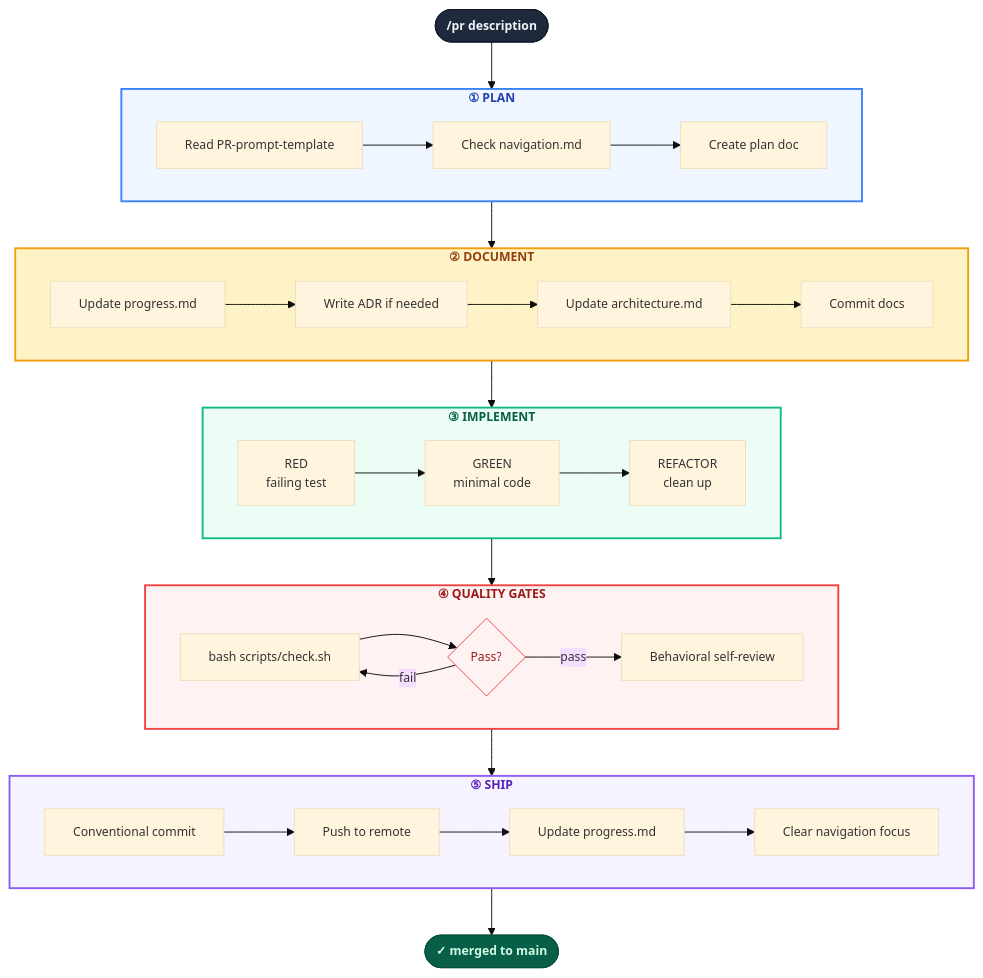
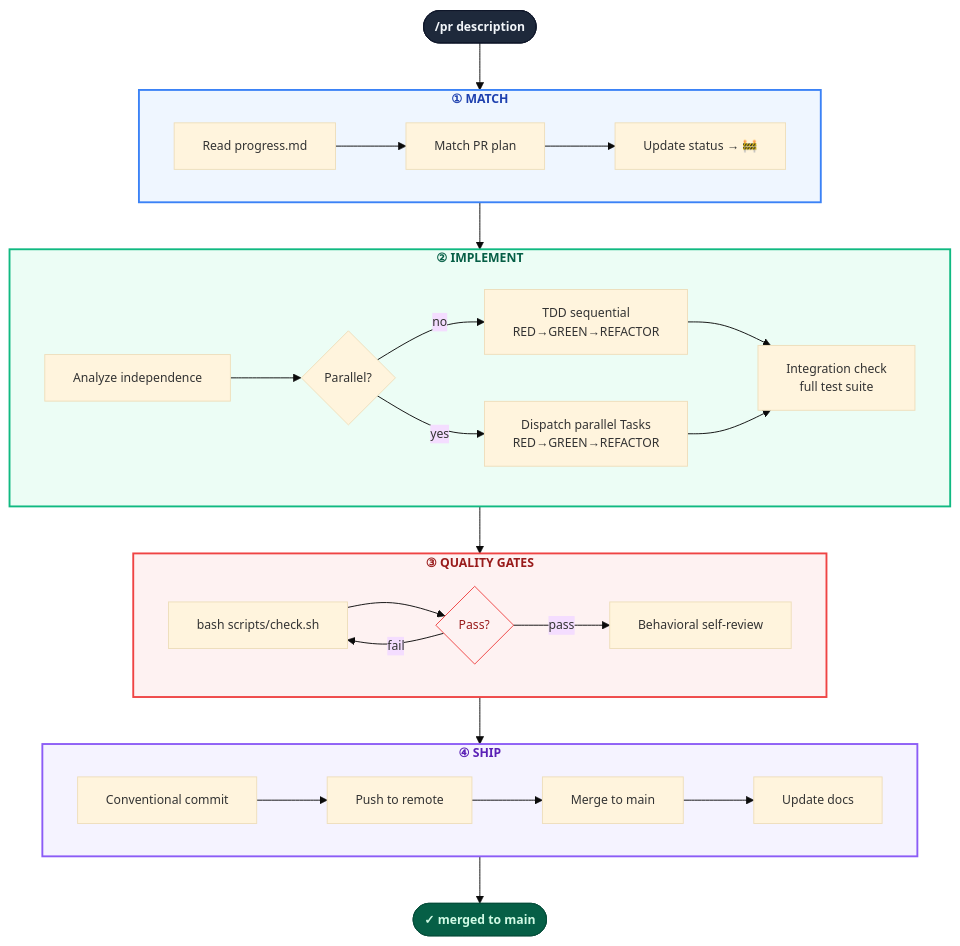
The second of 2 diagrams in README.md (ethanhanguyen/repo_template), drawn with Mermaid before and after one commit. The commit also changed other lines of this file and 4 other files, not shown here.

First line of the commit message:
feat: parallel TDD dispatch in /pr Phase 2; always override harness commands on update

````diff
--- a/README.md
+++ b/README.md
@@ -45,57 +45,50 @@
 ```mermaid
 flowchart TD
     %%{init: {'theme': 'base', 'themeVariables': { 'fontSize': '13px', 'fontFamily': 'monospace' }}}%%
 
     start(["<b>/pr description</b>"]) --> p1
 
-    subgraph p1["<b>① PLAN</b>"]
-        direction LR
-        p1a["Read PR-prompt-template"] --> p1b["Check navigation.md"]
-        p1b --> p1c["Create plan doc"]
+    subgraph p1["<b>① MATCH</b>"]
+        p1a["Read progress.md"] --> p1b["Match PR plan"]
+        p1b --> p1c["Update status → 🚧"]
     end
 
     p1 --> p2
 
-    subgraph p2["<b>② DOCUMENT</b>"]
+    subgraph p2["<b>② IMPLEMENT</b>"]
         direction LR
-        p2a["Update progress.md"] --> p2b["Write ADR if needed"]
-        p2b --> p2c["Update architecture.md"]
-        p2c --> p2d["Commit docs"]
+        p2a["Analyze independence"] --> p2b{"Parallel?"}
+        p2b -->|"no"| p2c["TDD sequential<br>RED→GREEN→REFACTOR"]
+        p2b -->|"yes"| p2d["Dispatch parallel Tasks<br>RED→GREEN→REFACTOR"]
+        p2c --> p2e["Integration check<br>full test suite"]
+        p2d --> p2e
     end
 
     p2 --> p3
 
-    subgraph p3["<b>③ IMPLEMENT</b>"]
-        direction LR
-        p3a["RED<br>failing test"] --> p3b["GREEN<br>minimal code"] --> p3c["REFACTOR<br>clean up"]
+    subgraph p3["<b>③ QUALITY GATES</b>"]
+        p3a["bash scripts/check.sh"] --> p3b{"Pass?"}
+        p3b -->|"fail"| p3a
+        p3b -->|"pass"| p3c["Behavioral self-review"]
     end
 
     p3 --> p4
 
-    subgraph p4["<b>④ QUALITY GATES</b>"]
-        p4a["bash scripts/check.sh"] --> p4b{"Pass?"}
-        p4b -->|"fail"| p4a
-        p4b -->|"pass"| p4c["Behavioral self-review"]
+    subgraph p4["<b>④ SHIP</b>"]
+        direction LR
+        p4a["Conventional commit"] --> p4b["Push to remote"]
+        p4b --> p4c["Merge to main"]
+        p4c --> p4d["Update docs"]
     end
 
-    p4 --> p5
-
-    subgraph p5["<b>⑤ SHIP</b>"]
-        direction LR
-        p5a["Conventional commit"] --> p5b["Push to remote"]
-        p5b --> p5c["Update progress.md"]
-        p5c --> p5d["Clear navigation focus"]
-    end
-
-    p5 --> done(["<b>✓ merged to main</b>"])
+    p4 --> done(["<b>✓ merged to main</b>"])
 
     %% Phase colors
     style p1 fill:#eff6ff,stroke:#3b82f6,stroke-width:2px,color:#1e40af
-    style p2 fill:#fef3c7,stroke:#f59e0b,stroke-width:2px,color:#92400e
-    style p3 fill:#ecfdf5,stroke:#10b981,stroke-width:2px,color:#065f46
-    style p4 fill:#fef2f2,stroke:#ef4444,stroke-width:2px,color:#991b1b
-    style p5 fill:#f5f3ff,stroke:#8b5cf6,stroke-width:2px,color:#5b21b6
+    style p2 fill:#ecfdf5,stroke:#10b981,stroke-width:2px,color:#065f46
+    style p3 fill:#fef2f2,stroke:#ef4444,stroke-width:2px,color:#991b1b
+    style p4 fill:#f5f3ff,stroke:#8b5cf6,stroke-width:2px,color:#5b21b6
     style start fill:#1e293b,stroke:#0f172a,color:#f1f5f9
     style done fill:#065f46,stroke:#064e3b,color:#d1fae5
-    style p4b fill:#fef2f2,stroke:#ef4444,color:#991b1b
+    style p3b fill:#fef2f2,stroke:#ef4444,color:#991b1b
 ```
````
